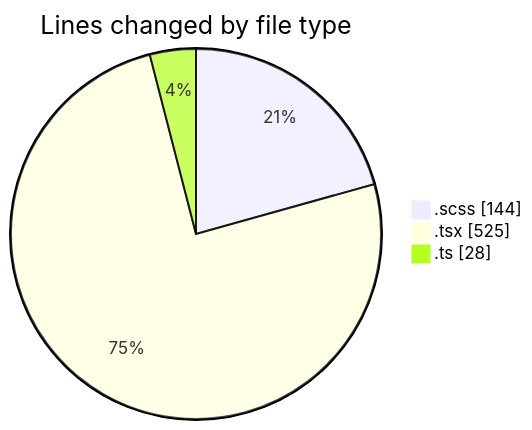
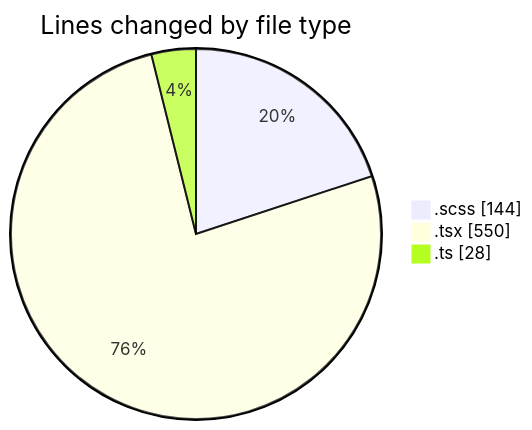
One commit to momahboobian/code-tracking changed the first of 2 diagrams in 2025-02-10/cda/README.md. Above: the diagram before and after it, drawn with Mermaid. The commit also changed other lines of this file and 1 other file, not shown here.

````diff
--- a/2025-02-10/cda/README.md
+++ b/2025-02-10/cda/README.md
@@ -25,7 +25,7 @@
 ```mermaid
 pie showData
 title Lines changed by file type
 ".scss" : 144
-".tsx" : 525
+".tsx" : 550
 ".ts" : 28
 ```
````
